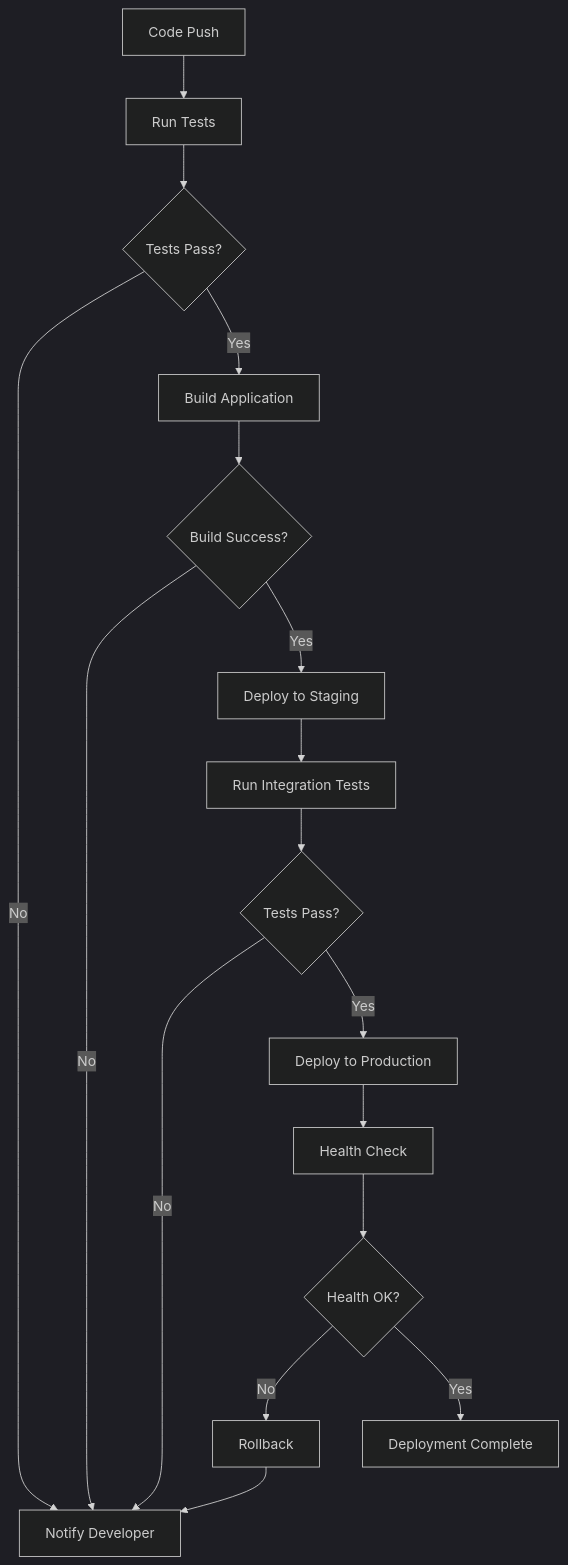
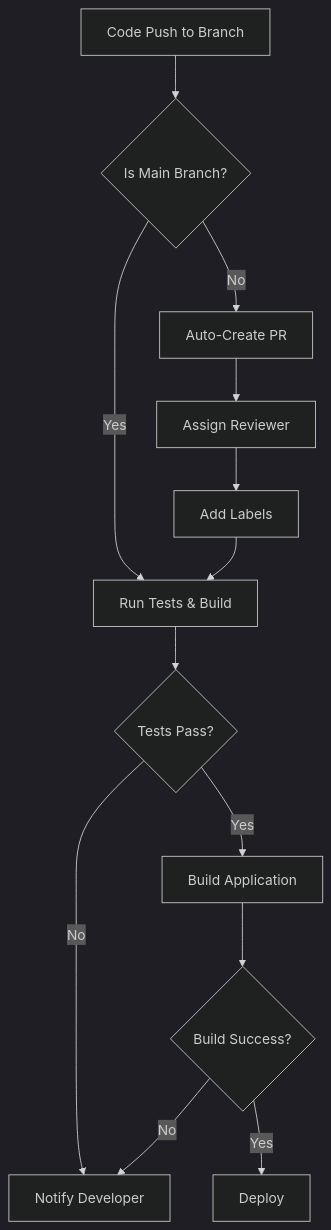
Diagram 13 of 16 in .sop/summary/workflows.md (getOffIt/spellingWebsite), drawn with Mermaid (dark theme) before and after one commit. The commit also changed other lines of this file and 21 other files, not shown here.

First line of the commit message:
Enhance voice integration and word selection architecture

````diff
--- a/.sop/summary/workflows.md
+++ b/.sop/summary/workflows.md
@@ -301,19 +308,15 @@
 ```mermaid
 flowchart TD
-    A[Code Push] --> B[Run Tests]
-    B --> C{Tests Pass?}
-    C -->|No| D[Notify Developer]
-    C -->|Yes| E[Build Application]
-    E --> F{Build Success?}
-    F -->|No| D
-    F -->|Yes| G[Deploy to Staging]
-    G --> H[Run Integration Tests]
-    H --> I{Tests Pass?}
-    I -->|No| D
-    I -->|Yes| J[Deploy to Production]
-    J --> K[Health Check]
-    K --> L{Health OK?}
-    L -->|No| M[Rollback]
-    L -->|Yes| N[Deployment Complete]
-    M --> D
+    A[Code Push to Branch] --> B{Is Main Branch?}
+    B -->|Yes| C[Run Tests & Build]
+    B -->|No| D[Auto-Create PR]
+    D --> E[Assign Reviewer]
+    E --> F[Add Labels]
+    F --> C
+    C --> G{Tests Pass?}
+    G -->|No| H[Notify Developer]
+    G -->|Yes| I[Build Application]
+    I --> J{Build Success?}
+    J -->|No| H
+    J -->|Yes| K[Deploy]
 ```
````
